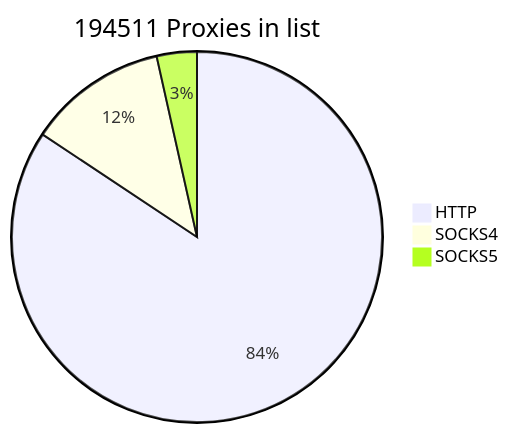
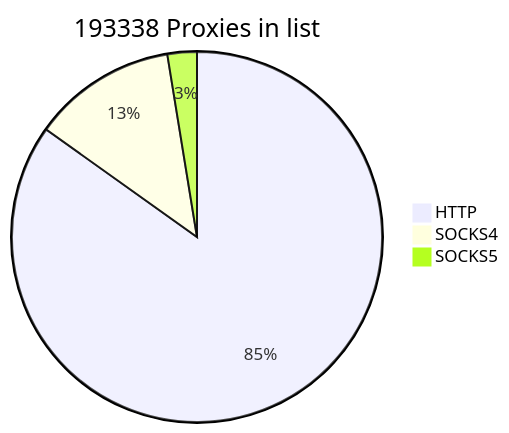
One commit to cutipu/proxylist changed the first of 2 diagrams in README.md. Above: the diagram before and after it, drawn with Mermaid. The commit also changed other lines of this file, not shown here.

````diff
--- a/README.md
+++ b/README.md
@@ -2,7 +2,7 @@
 ```mermaid
-pie title 194511 Proxies in list
-    "HTTP" : 164027
-    "SOCKS4" : 23679
-    "SOCKS5" : 6805
+pie title 193338 Proxies in list
+    "HTTP" : 164056
+    "SOCKS4" : 24317
+    "SOCKS5" : 4965
             
 ```
````
